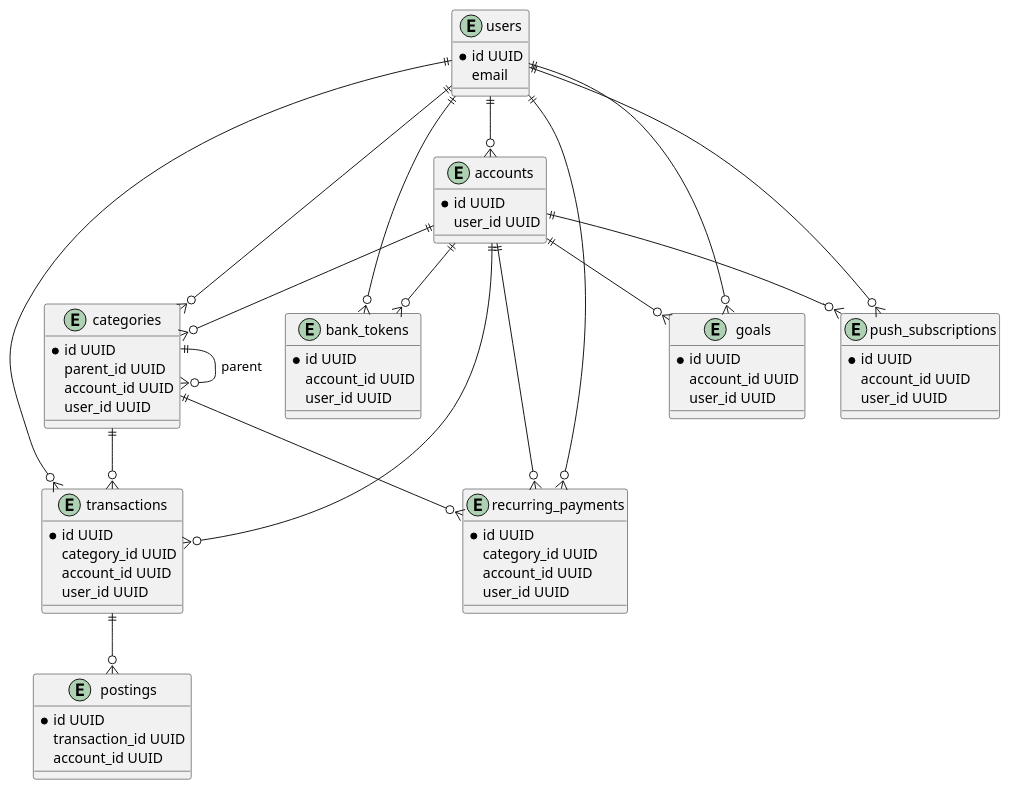
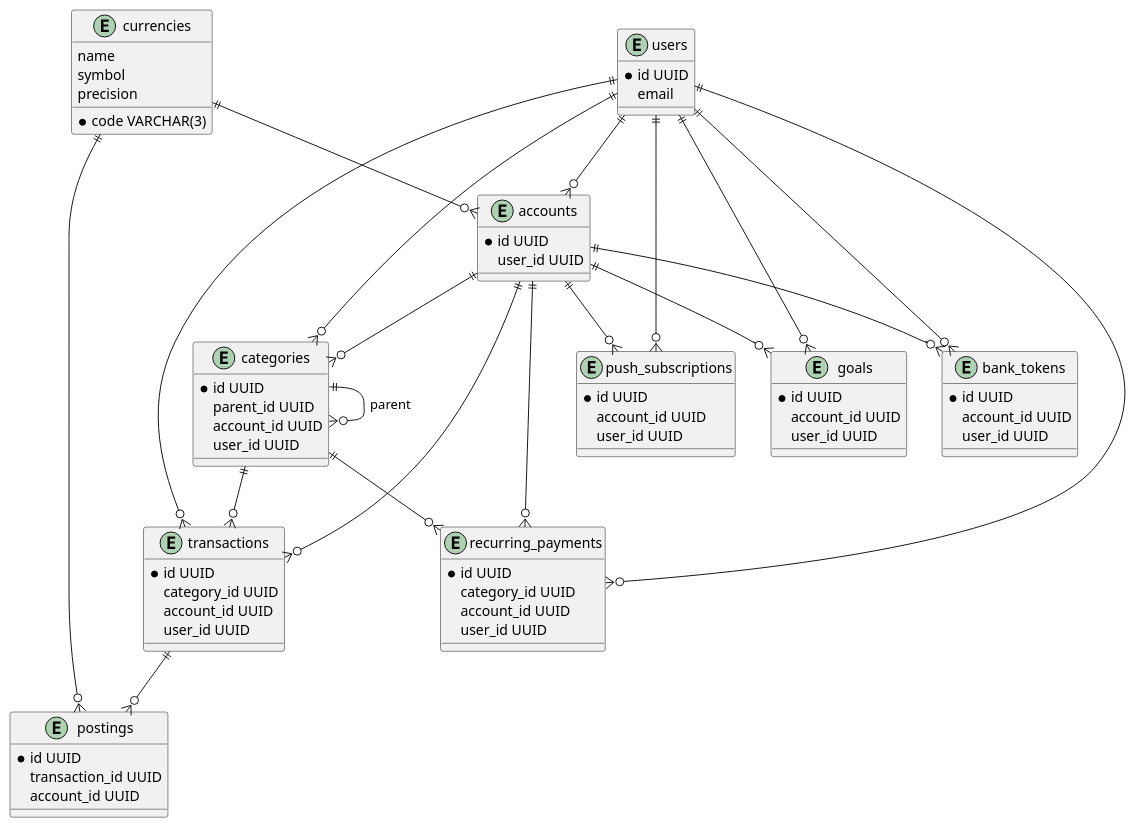
The diagram in docs/architecture/db-schema.puml (DaneliyaPavel/budget-machine), drawn with PlantUML before and after one commit. The commit also changed 2 other files, not shown here.

```diff
--- a/docs/architecture/db-schema.puml
+++ b/docs/architecture/db-schema.puml
@@ -1,67 +1,75 @@
 @startuml
 ' Database schema
 entity users {
   *id UUID
   email
 }
 entity accounts {
   *id UUID
   user_id UUID
+}
+entity currencies {
+  *code VARCHAR(3)
+  name
+  symbol
+  precision
 }
 entity categories {
   *id UUID
   parent_id UUID
   account_id UUID
   user_id UUID
 }
 entity transactions {
   *id UUID
   category_id UUID
   account_id UUID
   user_id UUID
 }
 entity postings {
   *id UUID
   transaction_id UUID
   account_id UUID
 }
 entity goals {
   *id UUID
   account_id UUID
   user_id UUID
 }
 entity recurring_payments {
   *id UUID
   category_id UUID
   account_id UUID
   user_id UUID
 }
 entity bank_tokens {
   *id UUID
   account_id UUID
   user_id UUID
 }
 entity push_subscriptions {
   *id UUID
   account_id UUID
   user_id UUID
 }
 
 users ||--o{ accounts
 users ||--o{ categories
 users ||--o{ transactions
 users ||--o{ goals
 users ||--o{ recurring_payments
 users ||--o{ bank_tokens
 users ||--o{ push_subscriptions
 accounts ||--o{ categories
 accounts ||--o{ transactions
 accounts ||--o{ goals
 accounts ||--o{ recurring_payments
 accounts ||--o{ bank_tokens
 accounts ||--o{ push_subscriptions
+currencies ||--o{ accounts
+currencies ||--o{ postings
 categories ||--o{ transactions
 categories ||--o{ recurring_payments
 categories ||--o{ categories : parent
 transactions ||--o{ postings
 @enduml
```
